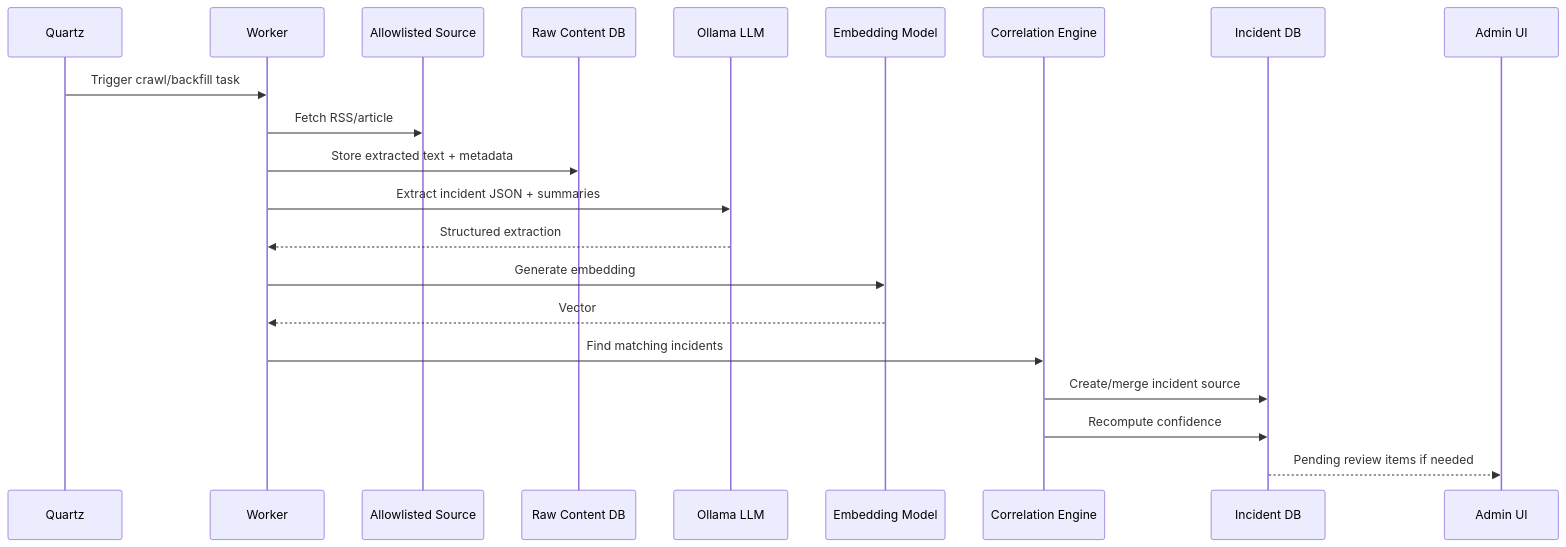
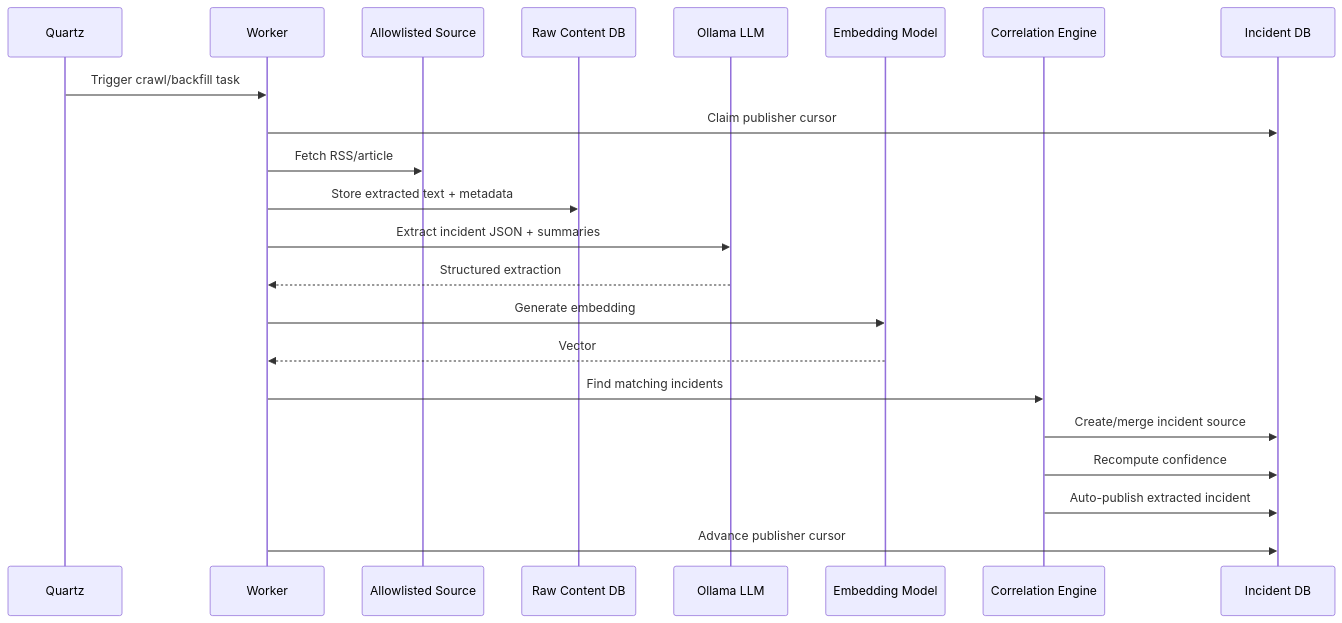
The second of 3 diagrams in docs/technical-design.md (tahniat-ashraf/Jababdihi), drawn with Mermaid before and after one commit. The commit also changed other lines of this file and 20 other files, not shown here.

````diff
--- a/docs/technical-design.md
+++ b/docs/technical-design.md
@@ -669,24 +699,25 @@
 ```mermaid
 sequenceDiagram
     participant Quartz
     participant Worker
     participant Source as Allowlisted Source
     participant Raw as Raw Content DB
     participant LLM as Ollama LLM
     participant Emb as Embedding Model
     participant Corr as Correlation Engine
     participant DB as Incident DB
-    participant Admin as Admin UI
 
     Quartz->>Worker: Trigger crawl/backfill task
+    Worker->>DB: Claim publisher cursor
     Worker->>Source: Fetch RSS/article
     Worker->>Raw: Store extracted text + metadata
     Worker->>LLM: Extract incident JSON + summaries
     LLM-->>Worker: Structured extraction
     Worker->>Emb: Generate embedding
     Emb-->>Worker: Vector
     Worker->>Corr: Find matching incidents
     Corr->>DB: Create/merge incident source
     Corr->>DB: Recompute confidence
-    DB-->>Admin: Pending review items if needed
+    Corr->>DB: Auto-publish extracted incident
+    Worker->>DB: Advance publisher cursor
 ```
````
